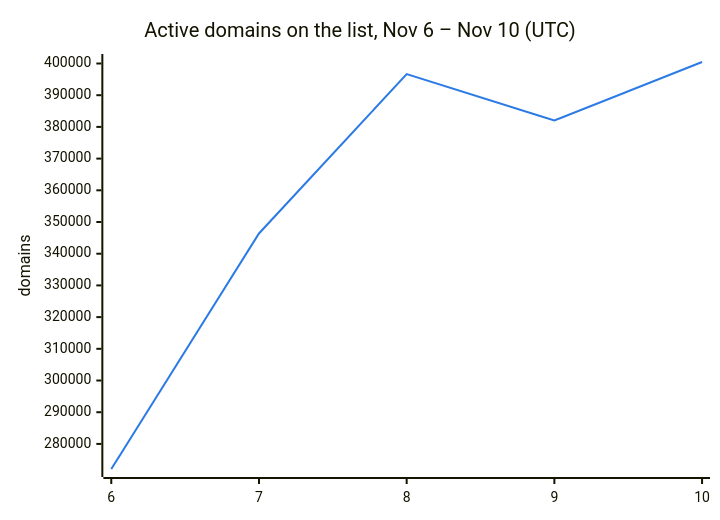
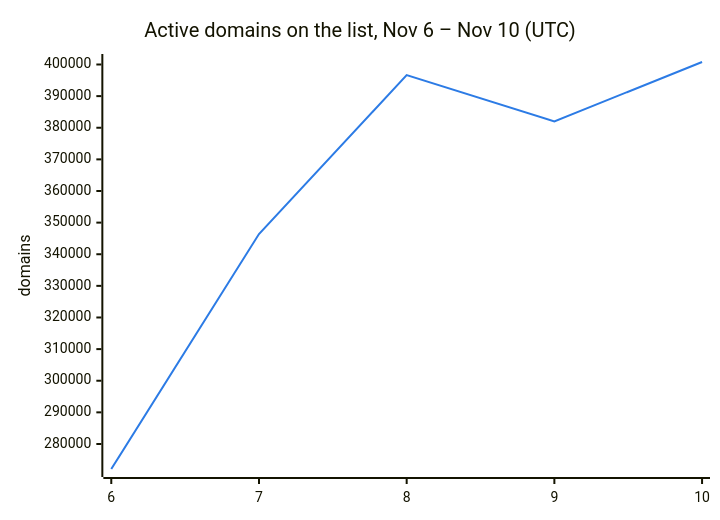
Before and after one commit to DNSBunker/CTI: the second of 3 diagrams in README.md, drawn with Mermaid. The commit also changed other lines of this file and 3 other files, not shown here.

````diff
--- a/README.md
+++ b/README.md
@@ -38,8 +38,8 @@
 ```mermaid
 %%{init: {"themeVariables": {"xyChart": {"plotColorPalette": "#2c7be5"}}}}%%
 xychart-beta
     title "Active domains on the list, Nov 6 – Nov 10 (UTC)"
     x-axis ["6", "7", "8", "9", "10"]
     y-axis "domains"
-    line [272088, 346388, 396638, 382009, 400474]
+    line [272088, 346388, 396638, 382009, 400789]
 ```
````
